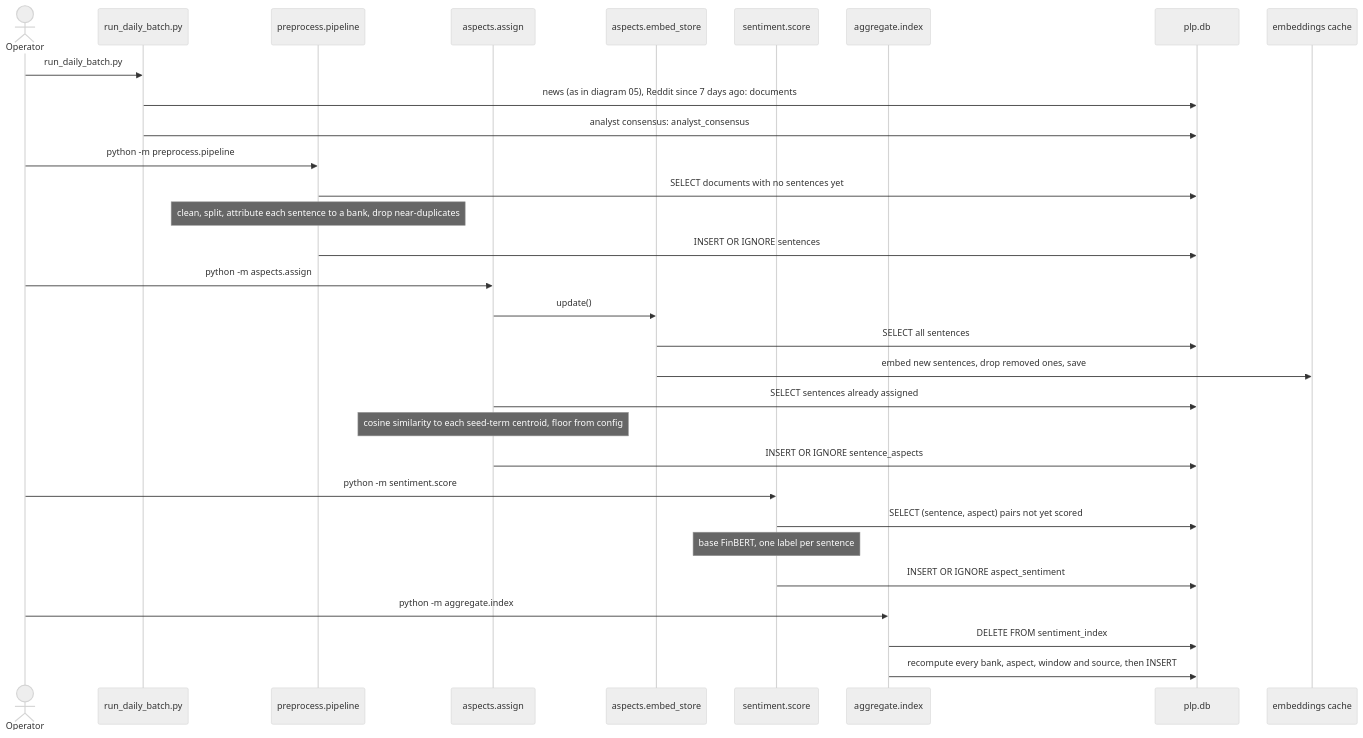
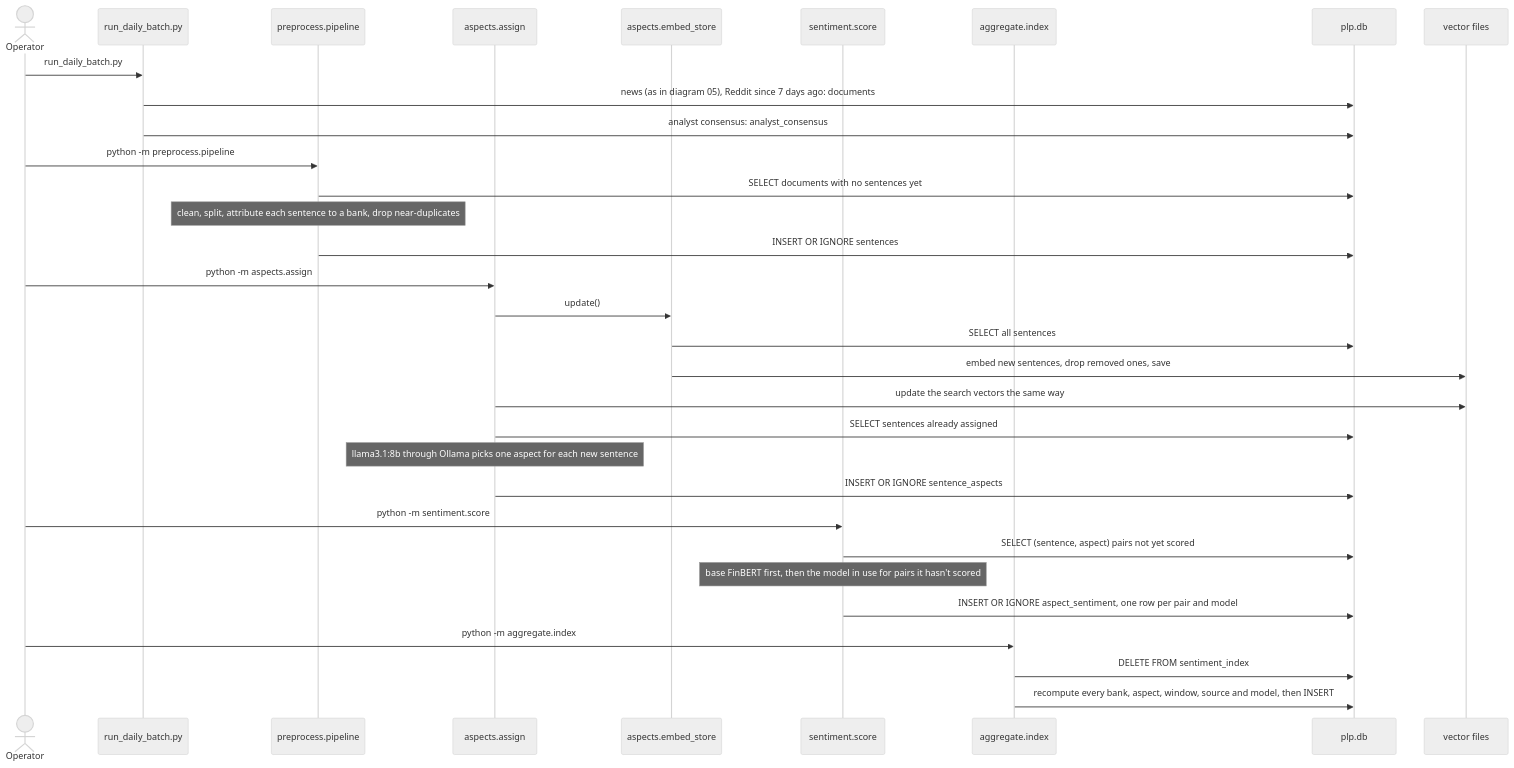
One commit to Gavingyh/plp-project changed the diagram in docs/diagrams/src/06-batch-pipeline.mmd. Above: the diagram before and after it, drawn with Mermaid (neutral theme). The commit also changed 124 other files, not shown here.

```diff
--- a/docs/diagrams/src/06-batch-pipeline.mmd
+++ b/docs/diagrams/src/06-batch-pipeline.mmd
@@ -1,39 +1,40 @@
 sequenceDiagram
   accTitle: Batch pipeline sequence
-  accDescr: Ingestion writes documents; preprocessing, aspect assignment and scoring each pick up only new rows; the index is deleted and recomputed in full.
+  accDescr: Ingestion writes documents; preprocessing, aspect assignment and scoring each pick up only new rows; the index is deleted and recomputed in full. Aspects come from a local LLM, and each new pair is scored by base FinBERT and by the model in use.
 
   actor op as Operator
   participant ing as run_daily_batch.py
   participant pre as preprocess.pipeline
   participant asg as aspects.assign
   participant emb as aspects.embed_store
   participant sc as sentiment.score
   participant agg as aggregate.index
   participant db as plp.db
-  participant npz as embeddings cache
+  participant npz as vector files
 
   op->>ing: run_daily_batch.py
   ing->>db: news (as in diagram 05), Reddit since 7 days ago: documents
   ing->>db: analyst consensus: analyst_consensus
 
   op->>pre: python -m preprocess.pipeline
   pre->>db: SELECT documents with no sentences yet
   Note over pre: clean, split, attribute each sentence to a bank, drop near-duplicates
   pre->>db: INSERT OR IGNORE sentences
 
   op->>asg: python -m aspects.assign
   asg->>emb: update()
   emb->>db: SELECT all sentences
   emb->>npz: embed new sentences, drop removed ones, save
+  asg->>npz: update the search vectors the same way
   asg->>db: SELECT sentences already assigned
-  Note over asg: cosine similarity to each seed-term centroid, floor from config
+  Note over asg: llama3.1:8b through Ollama picks one aspect for each new sentence
   asg->>db: INSERT OR IGNORE sentence_aspects
 
   op->>sc: python -m sentiment.score
   sc->>db: SELECT (sentence, aspect) pairs not yet scored
-  Note over sc: base FinBERT, one label per sentence
-  sc->>db: INSERT OR IGNORE aspect_sentiment
+  Note over sc: base FinBERT first, then the model in use for pairs it hasn't scored
+  sc->>db: INSERT OR IGNORE aspect_sentiment, one row per pair and model
 
   op->>agg: python -m aggregate.index
   agg->>db: DELETE FROM sentiment_index
-  agg->>db: recompute every bank, aspect, window and source, then INSERT
+  agg->>db: recompute every bank, aspect, window, source and model, then INSERT
```
